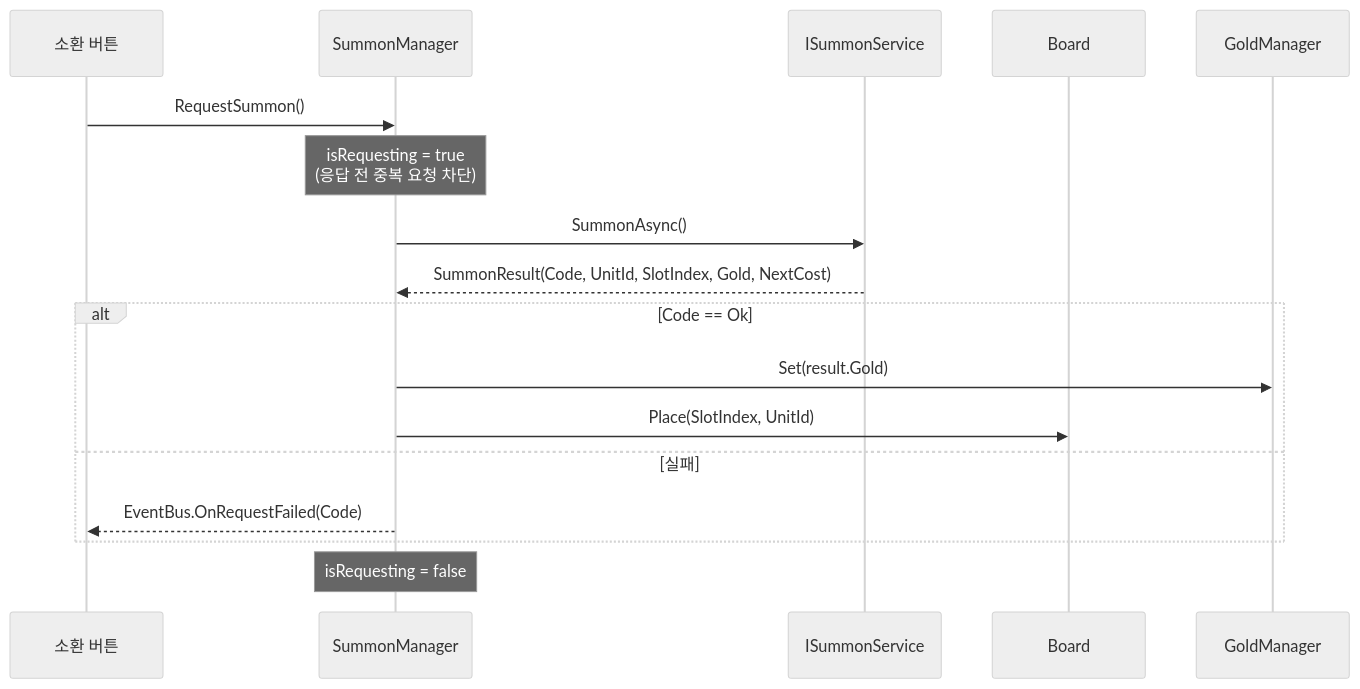
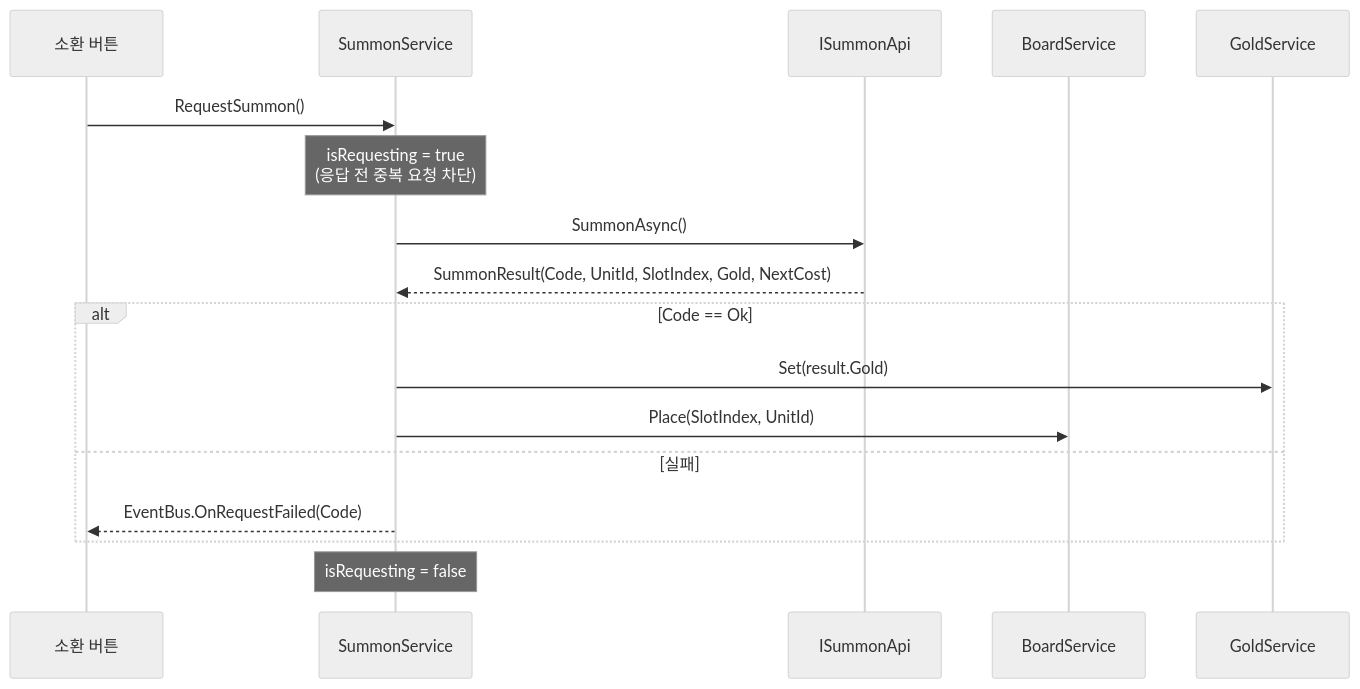
Before and after one commit to UihwanLee/CasualGameProject: the third of 4 diagrams in Docs/Design/02_클라이언트_아키텍처.md, drawn with Mermaid (neutral theme). The commit also changed other lines of this file and 1 other file, not shown here.

````diff
--- a/Docs/Design/02_클라이언트_아키텍처.md
+++ b/Docs/Design/02_클라이언트_아키텍처.md
@@ -98,20 +150,20 @@
 ```mermaid
 sequenceDiagram
     participant UI as 소환 버튼
-    participant SumM as SummonManager
-    participant Svc as ISummonService
-    participant Board
-    participant Gold as GoldManager
+    participant Sum as SummonService
+    participant Api as ISummonApi
+    participant Board as BoardService
+    participant Gold as GoldService
 
-    UI->>SumM: RequestSummon()
-    Note over SumM: isRequesting = true<br/>(응답 전 중복 요청 차단)
-    SumM->>Svc: SummonAsync()
-    Svc-->>SumM: SummonResult(Code, UnitId, SlotIndex, Gold, NextCost)
+    UI->>Sum: RequestSummon()
+    Note over Sum: isRequesting = true<br/>(응답 전 중복 요청 차단)
+    Sum->>Api: SummonAsync()
+    Api-->>Sum: SummonResult(Code, UnitId, SlotIndex, Gold, NextCost)
     alt Code == Ok
-        SumM->>Gold: Set(result.Gold)
-        SumM->>Board: Place(SlotIndex, UnitId)
+        Sum->>Gold: Set(result.Gold)
+        Sum->>Board: Place(SlotIndex, UnitId)
     else 실패
-        SumM-->>UI: EventBus.OnRequestFailed(Code)
+        Sum-->>UI: EventBus.OnRequestFailed(Code)
     end
-    Note over SumM: isRequesting = false
+    Note over Sum: isRequesting = false
 ```
````
